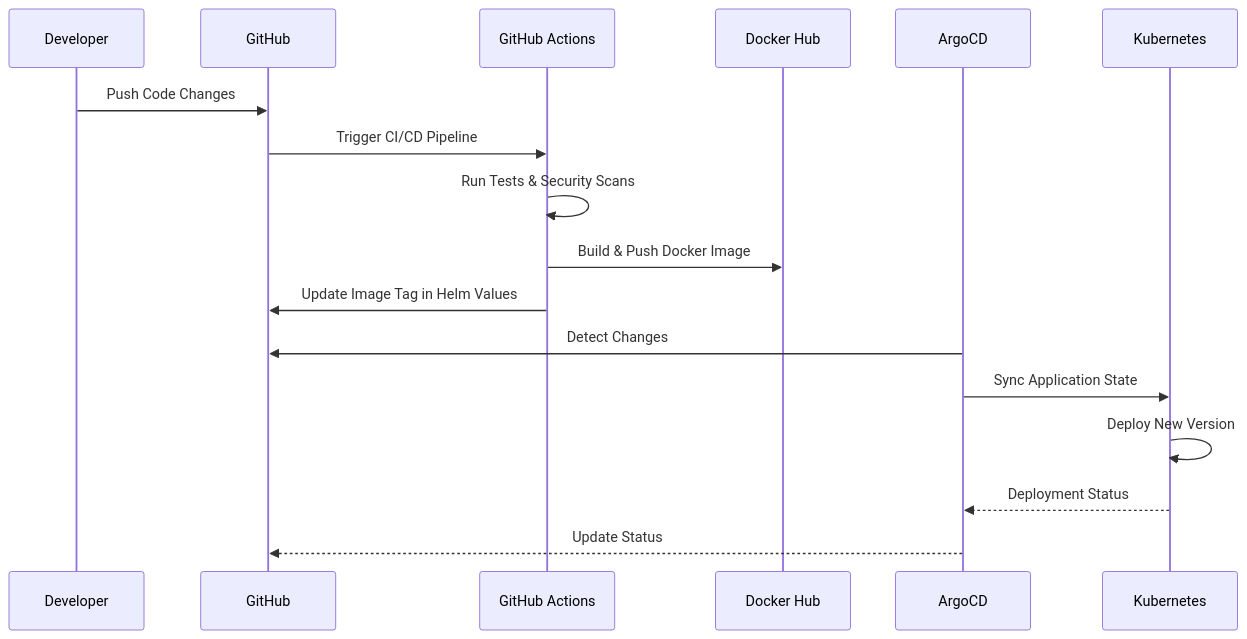
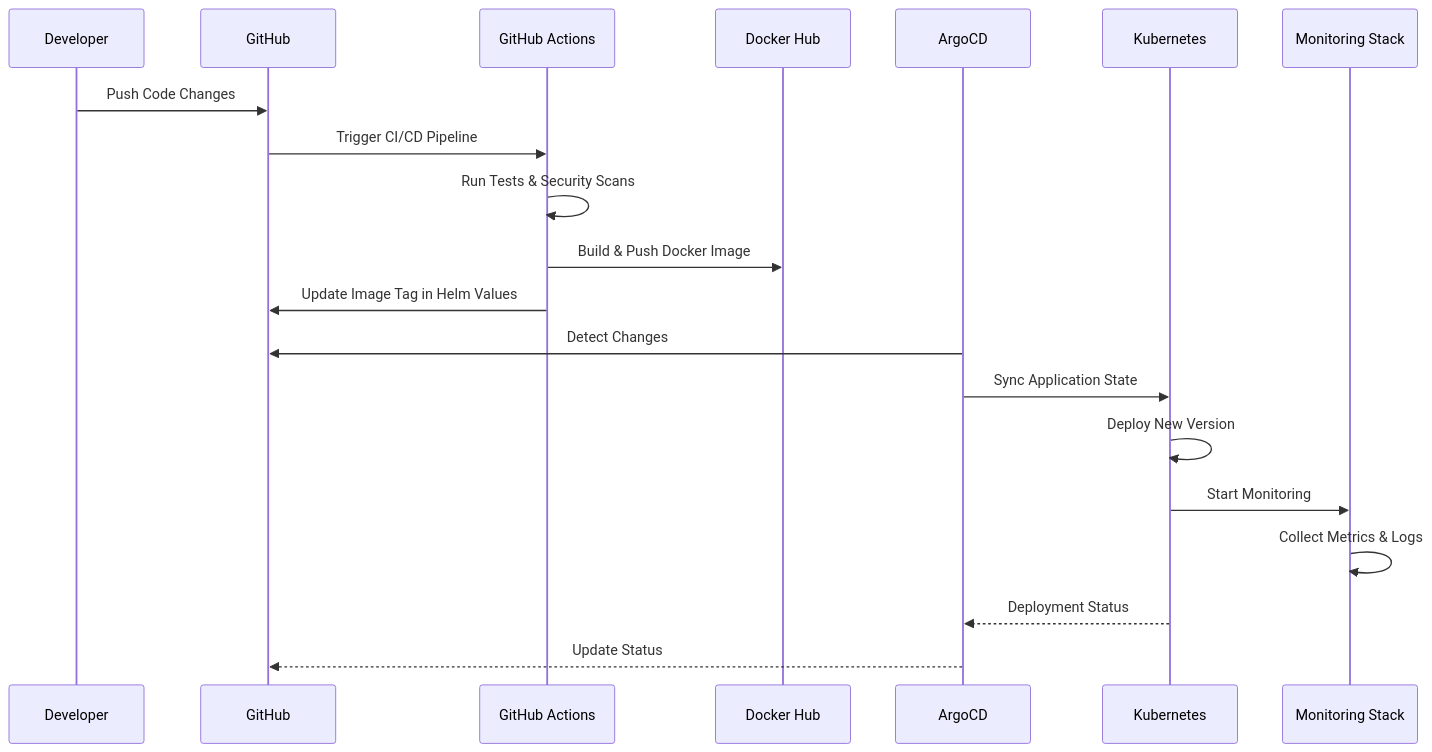
One commit to bonaventuresimeon/NativeSeries changed the third of 4 diagrams in README.md. Above: the diagram before and after it, drawn with Mermaid. The commit also changed other lines of this file, not shown here.

Commit message:
Add monitoring, security, and auto-scaling features to README

````diff
--- a/README.md
+++ b/README.md
@@ -109,20 +198,23 @@
 ```mermaid
 sequenceDiagram
     participant Dev as Developer
     participant Git as GitHub
     participant Actions as GitHub Actions
     participant Docker as Docker Hub
     participant ArgoCD as ArgoCD
     participant K8s as Kubernetes
+    participant Monitor as Monitoring Stack
     
     Dev->>Git: Push Code Changes
     Git->>Actions: Trigger CI/CD Pipeline
     Actions->>Actions: Run Tests & Security Scans
     Actions->>Docker: Build & Push Docker Image
     Actions->>Git: Update Image Tag in Helm Values
     ArgoCD->>Git: Detect Changes
     ArgoCD->>K8s: Sync Application State
     K8s->>K8s: Deploy New Version
+    K8s->>Monitor: Start Monitoring
+    Monitor->>Monitor: Collect Metrics & Logs
     K8s-->>ArgoCD: Deployment Status
     ArgoCD-->>Git: Update Status
 ```
````
